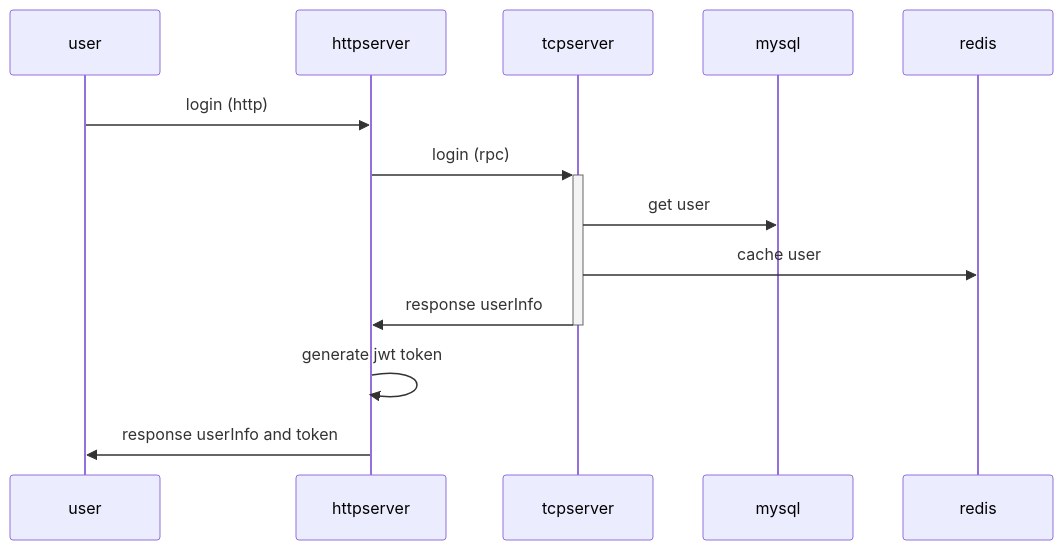
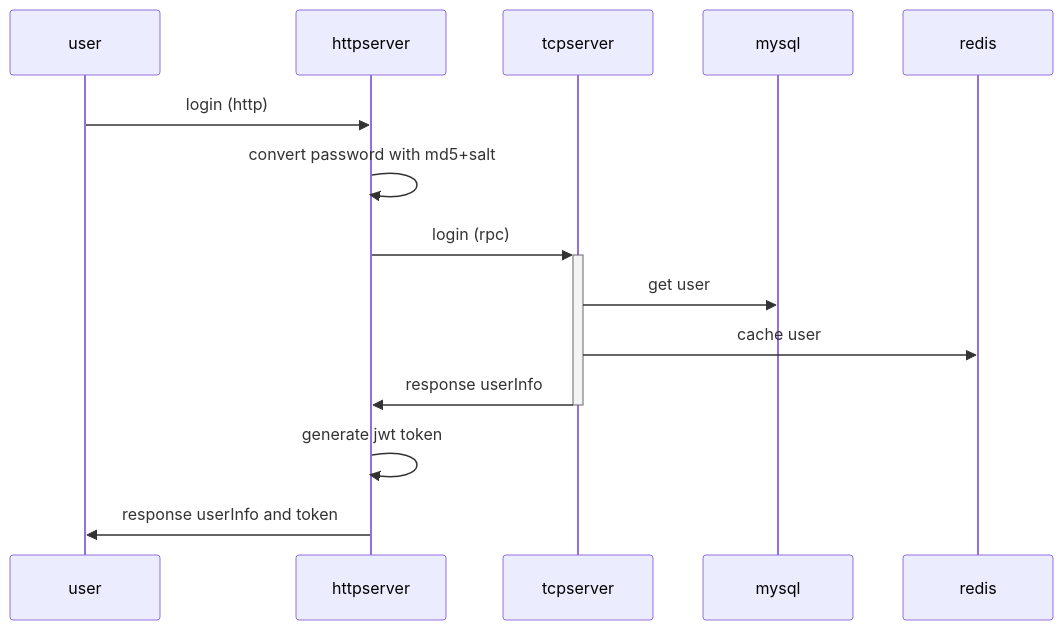
Before and after one commit to CasimirYang/shodemo: the first of 4 diagrams in Entry Task Design.md, drawn with Mermaid. The commit also changed other lines of this file and 7 other files, not shown here.

````diff
--- a/Entry Task Design.md
+++ b/Entry Task Design.md
@@ -9,10 +9,11 @@
 ```mermaid
 sequenceDiagram
 		user ->> httpserver: login (http)
+		httpserver ->> httpserver: convert password with md5+salt
     httpserver ->> + tcpserver : login (rpc)
     tcpserver ->> mysql : get user
     tcpserver ->> redis : cache user
     tcpserver ->> - httpserver: response userInfo
     httpserver ->> httpserver: generate jwt token
  		httpserver ->> user: response userInfo and token
 ```
````
